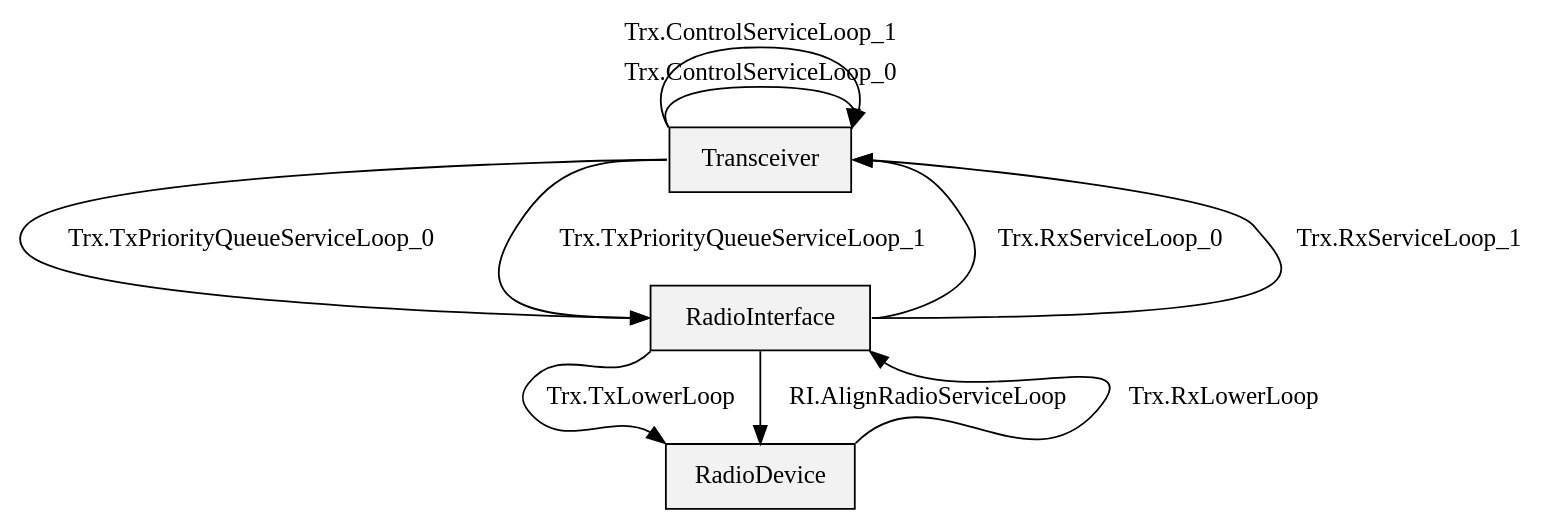
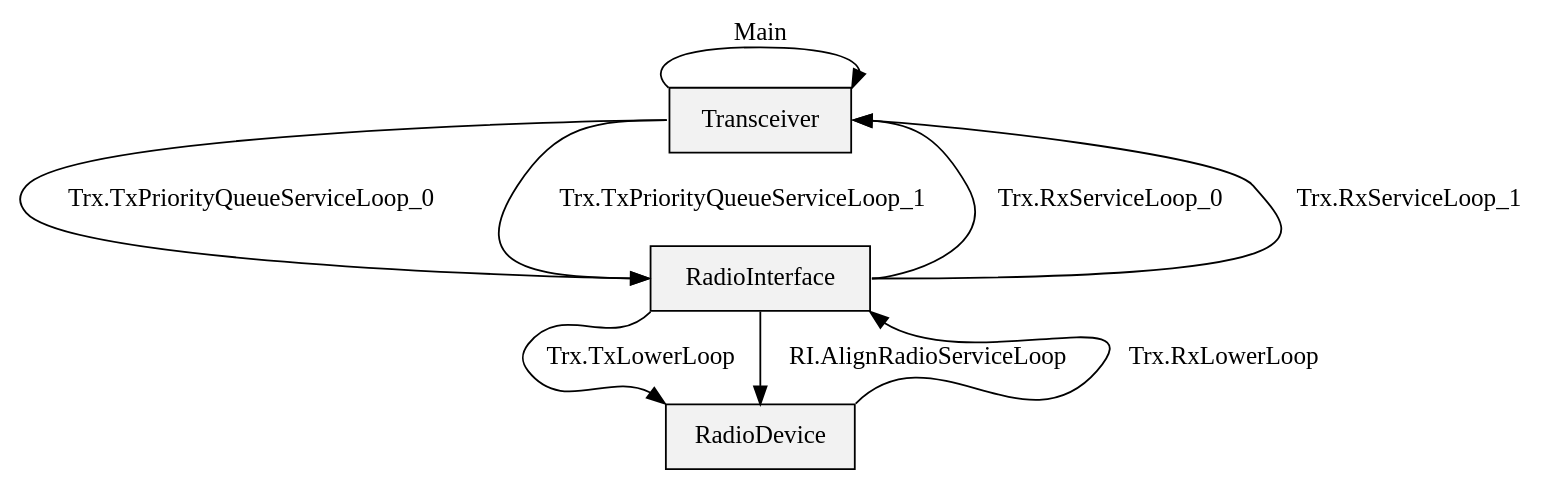
Before and after one commit to osmocom/osmo-trx: the second of 2 diagrams in doc/manuals/chapters/code-architecture.adoc, drawn with Graphviz. The commit also changed other lines of this file, not shown here.

```diff
--- a/doc/manuals/chapters/code-architecture.adoc
+++ b/doc/manuals/chapters/code-architecture.adoc
@@ -33,20 +33,19 @@
 [graphviz]
 ----
 digraph hierarchy {
 node[shape=record,style=filled,fillcolor=gray95]
 
 trans [label="Transceiver"];
 radioiface [label="RadioInterface"];
 radiodev [label="RadioDevice"];
 
-trans:nw->trans:ne [label="Trx.ControlServiceLoop_0"];
-trans:nw->trans:ne [label="Trx.ControlServiceLoop_1"];
+trans:nw->trans:ne [label="Main"];
 trans:w->radioiface:w [label="Trx.TxPriorityQueueServiceLoop_0"];
 trans:w->radioiface:w [label="Trx.TxPriorityQueueServiceLoop_1"];
 radioiface:e->trans:e [label="Trx.RxServiceLoop_0"];
 radioiface:e->trans:e [label="Trx.RxServiceLoop_1"];
 radioiface->radiodev[label="RI.AlignRadioServiceLoop"];
 radioiface:sw->radiodev:nw [label="Trx.TxLowerLoop"];
 radiodev:ne->radioiface:se [label="Trx.RxLowerLoop"];
 }
 ----
```
